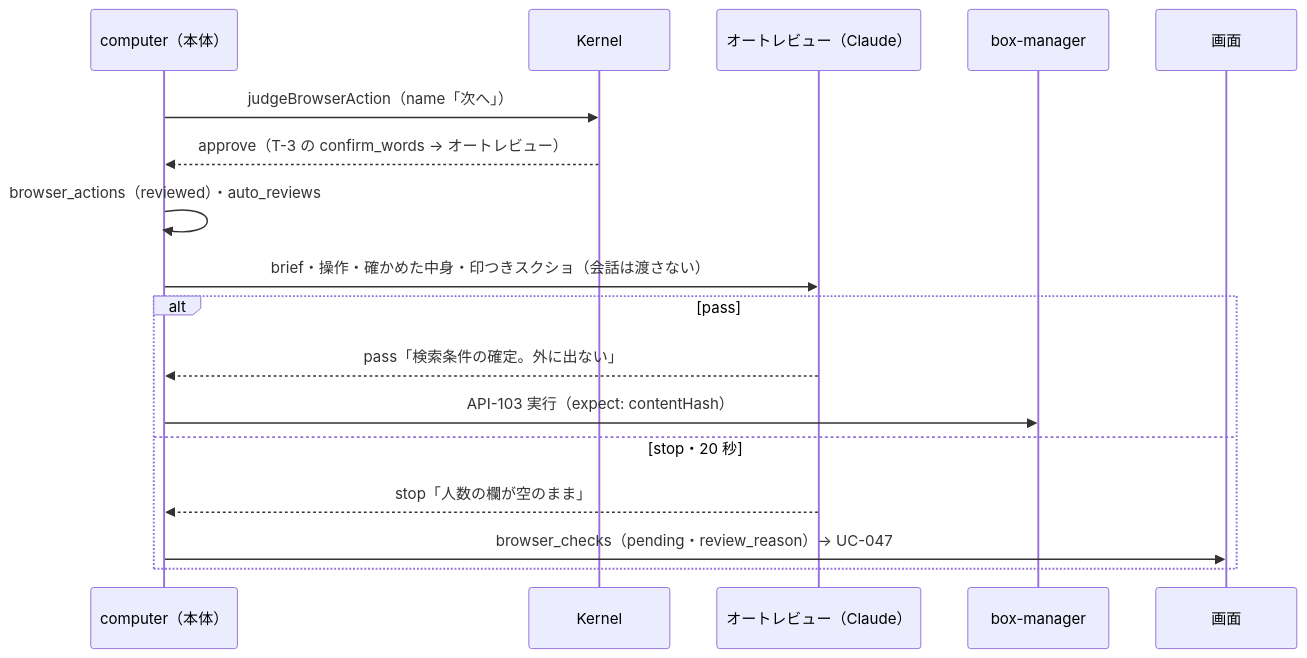
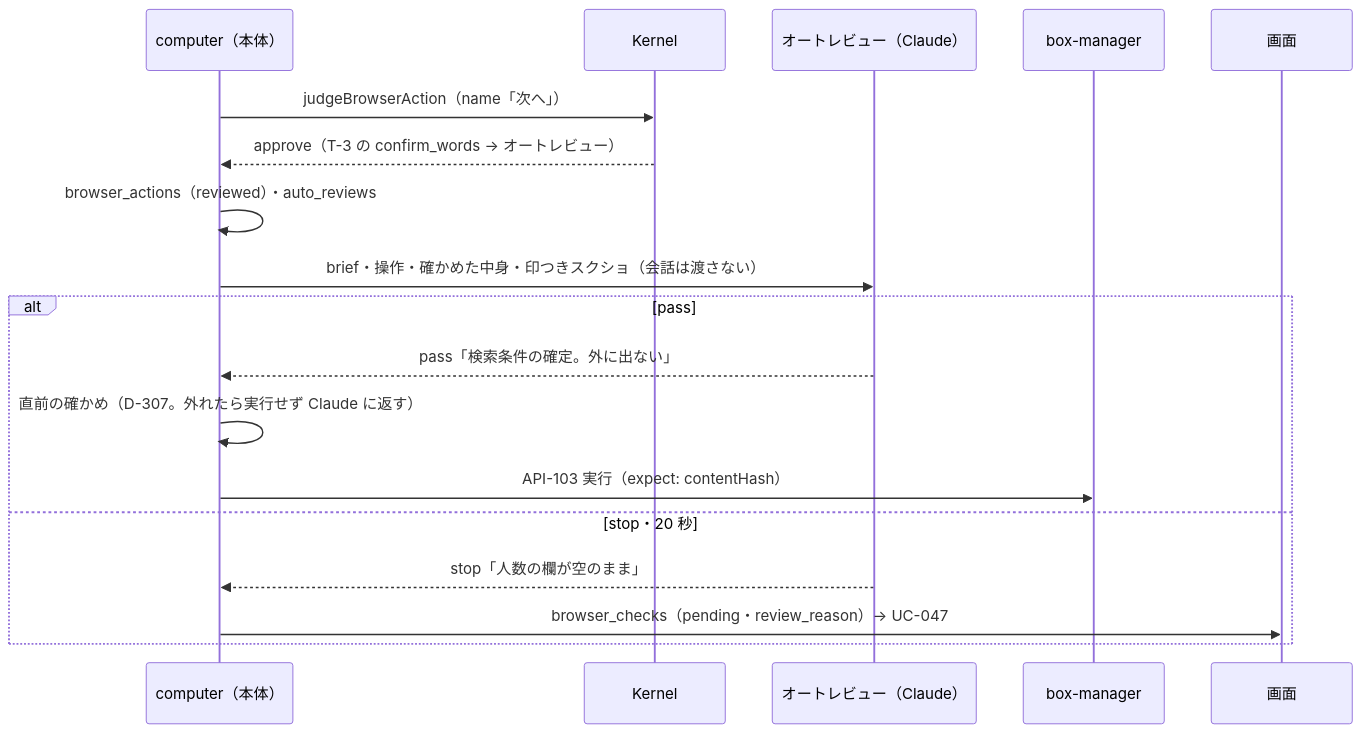
The fifth of 13 diagrams in docs/design/10_diagrams/sequences.md (itiwoja/agent-team), drawn with Mermaid before and after one commit. The commit also changed other lines of this file and 32 other files, not shown here.

````diff
--- a/docs/design/10_diagrams/sequences.md
+++ b/docs/design/10_diagrams/sequences.md
@@ -97,19 +98,20 @@
 ```mermaid
 sequenceDiagram
  participant CU as computer（本体）
  participant K as Kernel
  participant AR as オートレビュー（Claude）
  participant BM as box-manager
  participant W as 画面
  CU->>K: judgeBrowserAction（name「次へ」）
  K-->>CU: approve（T-3 の confirm_words → オートレビュー）
  CU->>CU: browser_actions（reviewed）・auto_reviews
  CU->>AR: brief・操作・確かめた中身・印つきスクショ（会話は渡さない）
  alt pass
   AR-->>CU: pass「検索条件の確定。外に出ない」
+  CU->>CU: 直前の確かめ（D-307。外れたら実行せず Claude に返す）
   CU->>BM: API-103 実行（expect: contentHash）
  else stop・20 秒
   AR-->>CU: stop「人数の欄が空のまま」
   CU->>W: browser_checks（pending・review_reason）→ UC-047
  end
 ```
````
